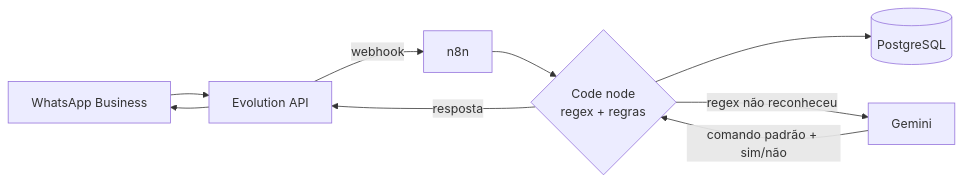
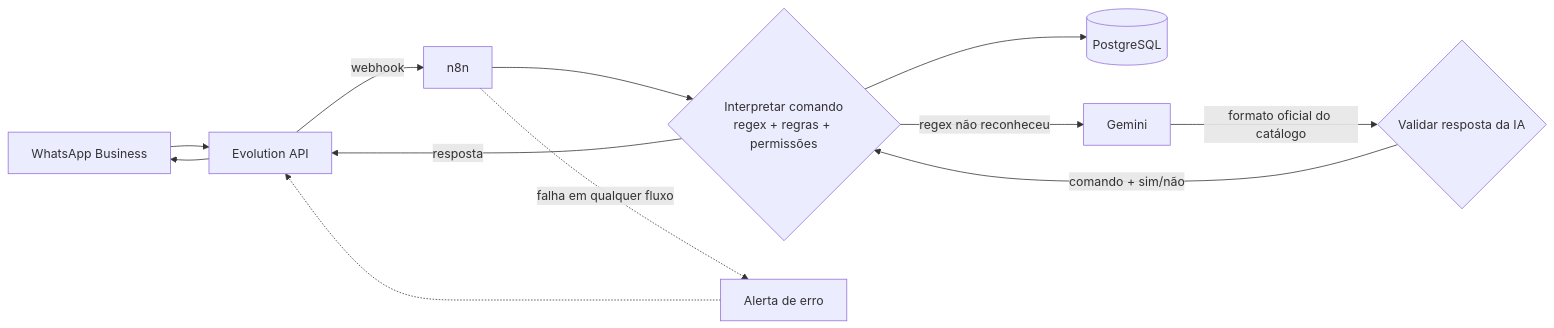
Before and after one commit to danyllo153/labflow-whatsapp-automation: the diagram in README.md, drawn with Mermaid. The commit also changed other lines of this file, not shown here.

````diff
--- a/README.md
+++ b/README.md
@@ -81,11 +98,13 @@
 ```mermaid
 flowchart LR
     A[WhatsApp Business] --> B[Evolution API]
     B -- webhook --> C[n8n]
-    C --> D{Code node<br/>regex + regras}
+    C --> D{Interpretar comando<br/>regex + regras + permissões}
     D --> E[(PostgreSQL)]
     D -- "regex não reconheceu" --> F[Gemini]
-    F -- "comando padrão + sim/não" --> D
+    F -- "formato oficial do catálogo" --> G{Validar resposta da IA}
+    G -- "comando + sim/não" --> D
     D -- resposta --> B
     B --> A
+    C -. "falha em qualquer fluxo" .-> H[Alerta de erro] -.-> B
 ```
````
